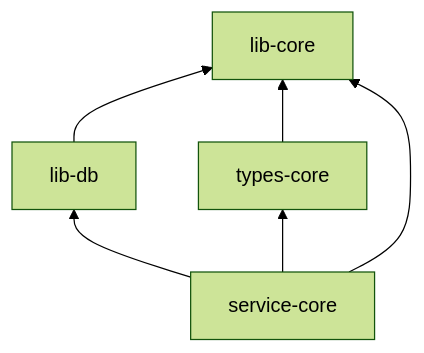
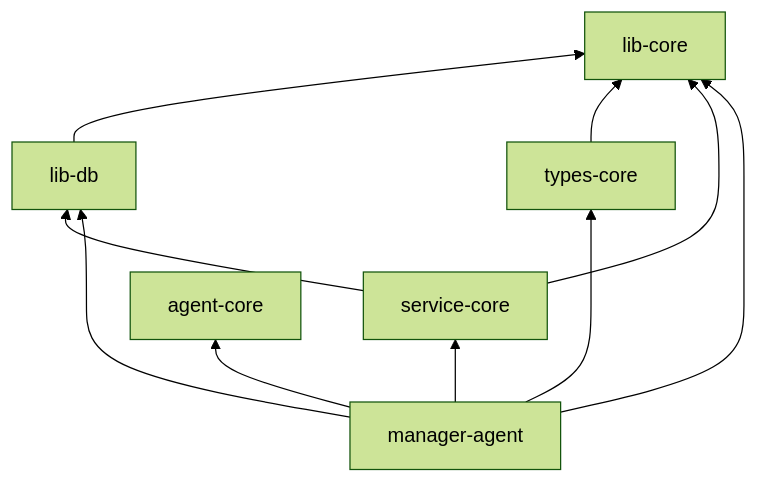
One commit to lingting/lingting-agent changed the second of 5 diagrams in docs/workspace.md. Above: the diagram before and after it, drawn with Mermaid (forest theme). The commit also changed other lines of this file and 64 other files, not shown here.

````diff
--- a/docs/workspace.md
+++ b/docs/workspace.md
@@ -653,9 +697,13 @@
 ```mermaid
 flowchart BT
     libcore["lib-core"]
     libdb["lib-db"] --> libcore
     typescore["types-core"] --> libcore
-    servicecore["service-core"] --> typescore
-    servicecore --> libdb
+    servicecore["service-core"] --> libdb
     servicecore --> libcore
+    manager["manager-agent"] --> servicecore
+    manager --> typescore["types-core"]
+    manager --> agentcore["agent-core"]
+    manager --> libdb
+    manager --> libcore
 ```
````
